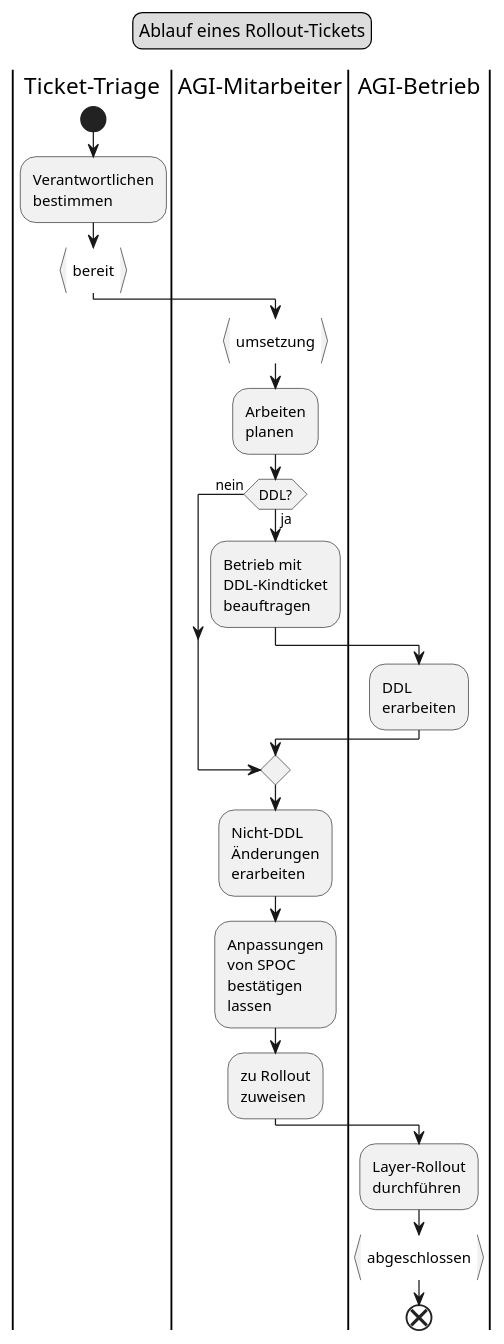
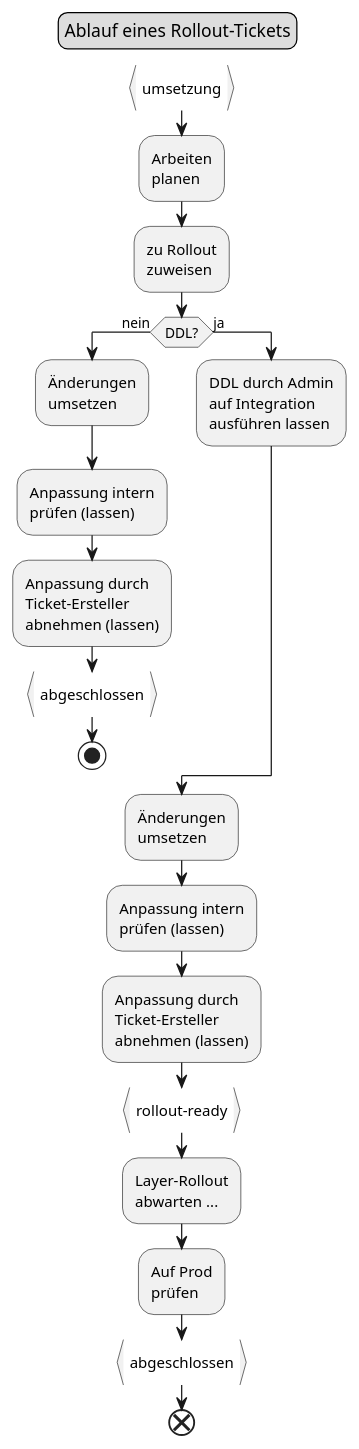
Before and after one commit to ojeker/docktick: the diagram in puml/src/flow_rollout.puml, drawn with PlantUML. The commit also changed 6 other files, not shown here.

```diff
--- a/puml/src/flow_rollout.puml
+++ b/puml/src/flow_rollout.puml
@@ -1,53 +1,50 @@
 @startuml
 legend top
 	Ablauf eines Rollout-Tickets
 end legend
-|Ticket-Triage|
-start
-:Verantwortlichen
-bestimmen;
-:bereit}
 |AGI-Mitarbeiter|
 
 :umsetzung}
 
 :Arbeiten
 planen;
 
+:zu Rollout
+zuweisen;
+
 if (DDL?) then (nein)
-
+  :Änderungen
+  umsetzen;
+  :Anpassung intern
+  prüfen (lassen);
+  :Anpassung durch
+  Ticket-Ersteller
+  abnehmen (lassen);
+  :abgeschlossen}
+  stop
 else (ja)
-
-:Betrieb mit
-DDL-Kindticket
-beauftragen;
-
-|AGI-Betrieb|
-
-:DDL
-erarbeiten;
+  :DDL durch Admin
+  auf Integration
+  ausführen lassen;
 
 endif
 
-|AGI-Mitarbeiter|
+:Änderungen
+umsetzen;
 
-:Nicht-DDL
-Änderungen
-erarbeiten;
+:Anpassung intern
+prüfen (lassen);
+:Anpassung durch
+Ticket-Ersteller
+abnehmen (lassen);
+:rollout-ready}
 
-:Anpassungen
-von SPOC
-bestätigen
-lassen;
+:Layer-Rollout
+abwarten ...;
 
-:zu Rollout
-zuweisen;
-
-|AGI-Betrieb|
-:Layer-Rollout
-durchführen;
-
+:Auf Prod
+prüfen;
 :abgeschlossen}
 
 end
 @enduml
```
